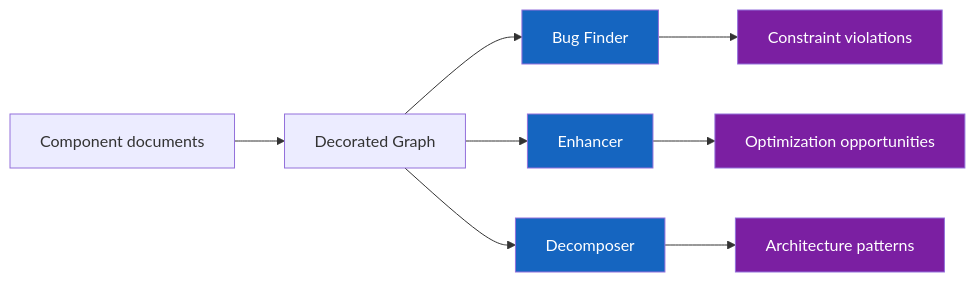
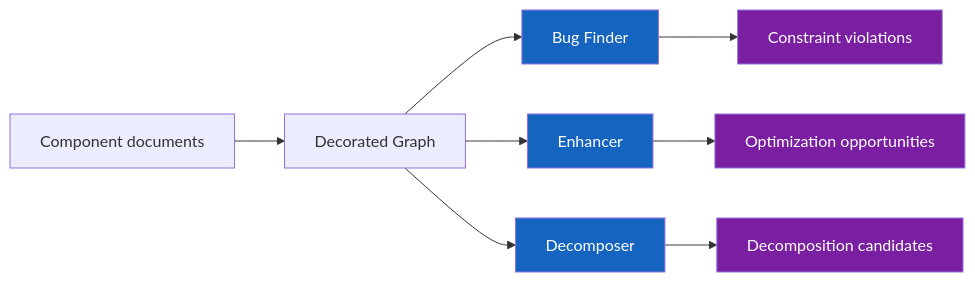
Diagram 30 of 30 in .tasks/plans/algorithm graph creator/feedback.md (nestharus/ai-workflow), drawn with Mermaid before and after one commit. The commit also changed other lines of this file, not shown here.

First line of the commit message:
Update algorithm graph creator with revised ownership model

````diff
--- a/.tasks/plans/algorithm graph creator/feedback.md
+++ b/.tasks/plans/algorithm graph creator/feedback.md
@@ -827,15 +1062,15 @@
 ```mermaid
 flowchart LR
     IN[Component documents] --> GRAPH[Decorated Graph]
 
     GRAPH --> BUG[Bug Finder]:::consumer
     GRAPH --> ENH[Enhancer]:::consumer
     GRAPH --> DEC[Decomposer]:::consumer
 
     BUG --> V[Constraint violations]:::output
     ENH --> O[Optimization opportunities]:::output
-    DEC --> P[Architecture patterns]:::output
+    DEC --> P[Decomposition candidates]:::output
 
     classDef consumer fill:#1565c0,color:#fff
     classDef output fill:#7b1fa2,color:#fff
 ```
````
